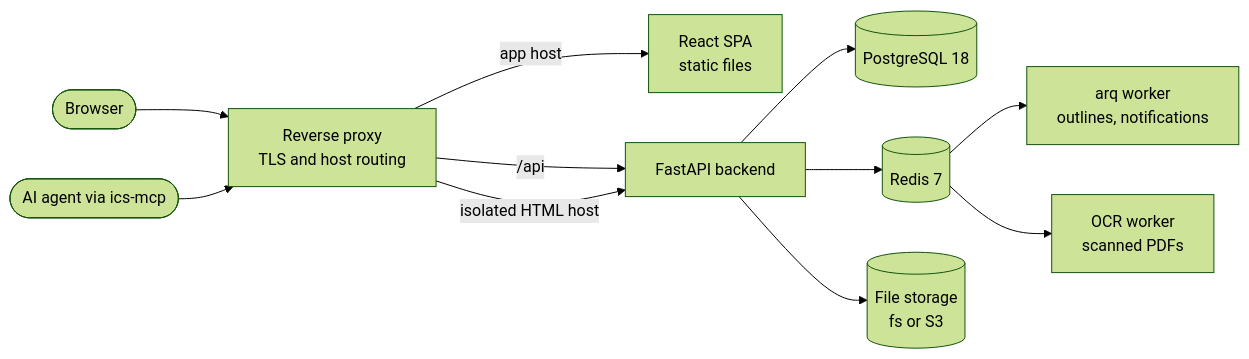
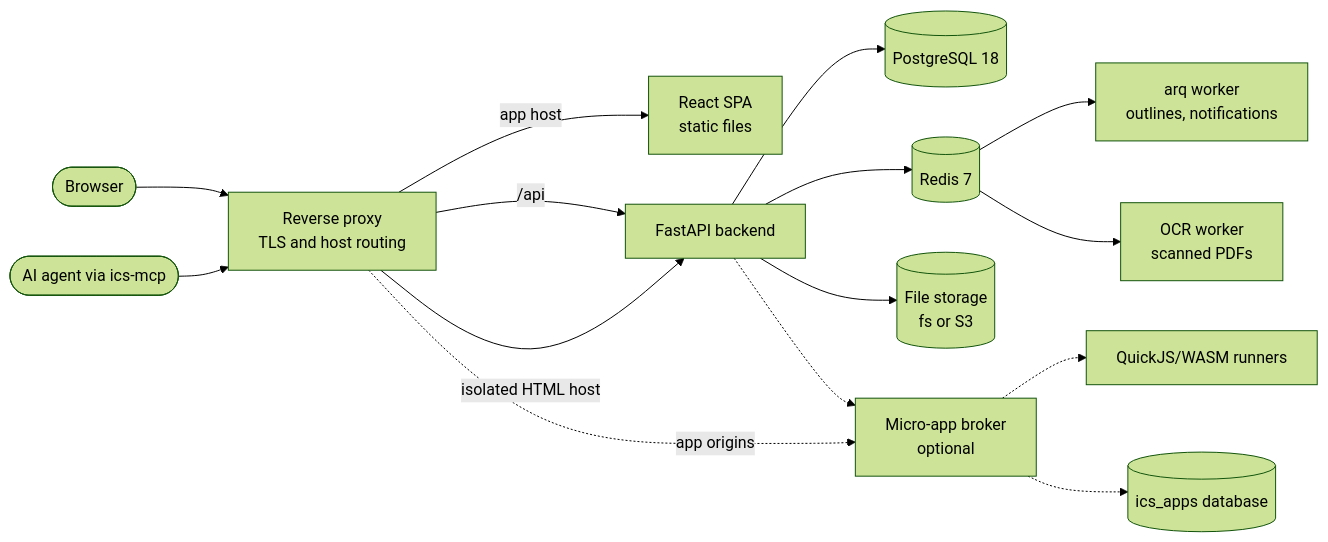
One commit to inprojectspl/ics changed the diagram in README.md. Above: the diagram before and after it, drawn with Mermaid (forest theme). The commit also changed other lines of this file and 25 other files, not shown here.

First line of the commit message:
docs(microapps): document micro-applications for users, agents and API clients

````diff
--- a/README.md
+++ b/README.md
@@ -188,13 +206,17 @@
 ```mermaid
 flowchart LR
   user([Browser]) --> proxy[Reverse proxy<br/>TLS and host routing]
   agent([AI agent via ics-mcp]) --> proxy
   proxy -->|app host| spa[React SPA<br/>static files]
   proxy -->|/api| api[FastAPI backend]
   proxy -->|isolated HTML host| api
   api --> pg[(PostgreSQL 18)]
   api --> redis[(Redis 7)]
   api --> store[(File storage<br/>fs or S3)]
   redis --> worker[arq worker<br/>outlines, notifications]
   redis --> ocr[OCR worker<br/>scanned PDFs]
+  proxy -.->|app origins| broker[Micro-app broker<br/>optional]
+  broker -.-> runners[QuickJS/WASM runners]
+  broker -.-> apps[(ics_apps database)]
+  api -.-> broker
 ```
````
